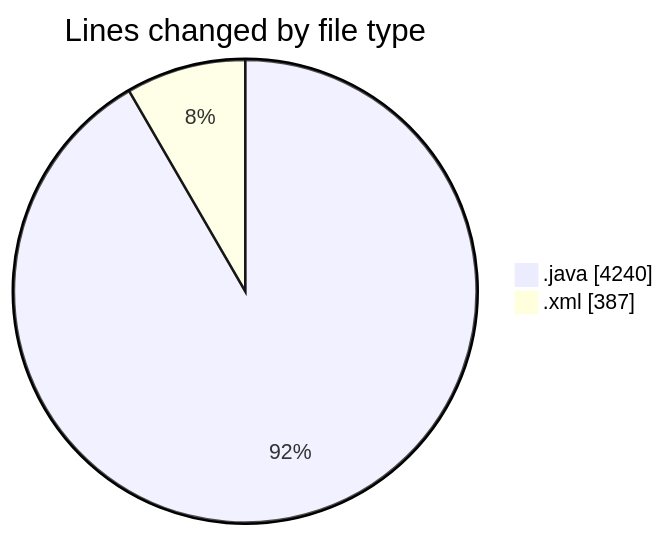
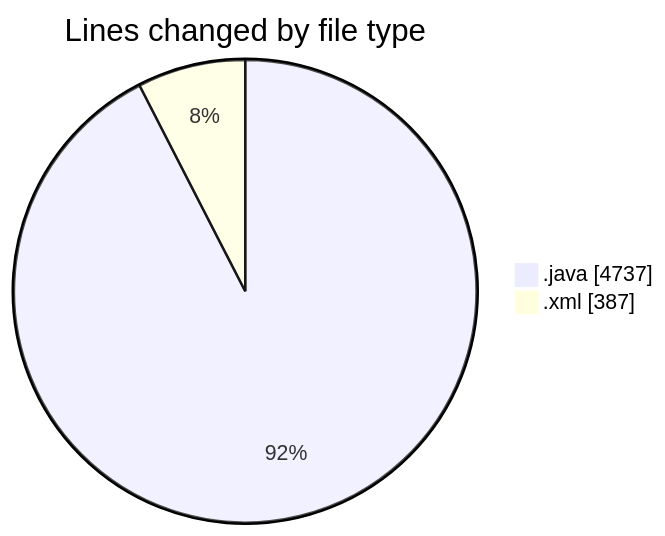
The first of 2 diagrams in 2025-05-01/jmasm/README.md (charlie-sans/code-tracking), drawn with Mermaid before and after one commit. The commit also changed other lines of this file and 1 other file, not shown here.

````diff
--- a/2025-05-01/jmasm/README.md
+++ b/2025-05-01/jmasm/README.md
@@ -28,6 +29,6 @@
 ```mermaid
 pie showData
 title Lines changed by file type
-".java" : 4240
+".java" : 4737
 ".xml" : 387
 ```
````
